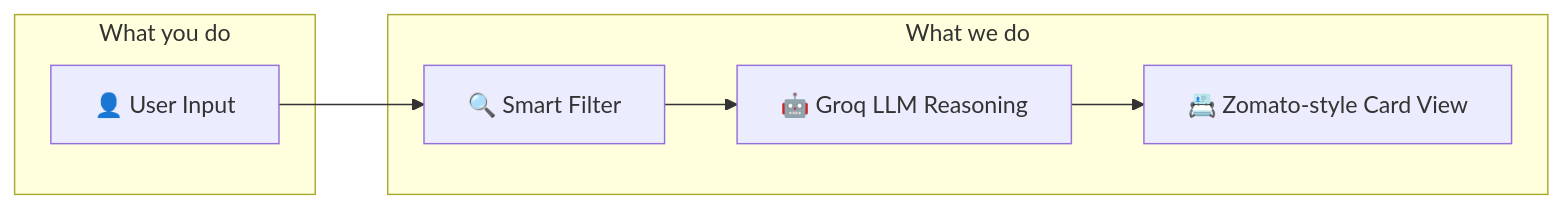
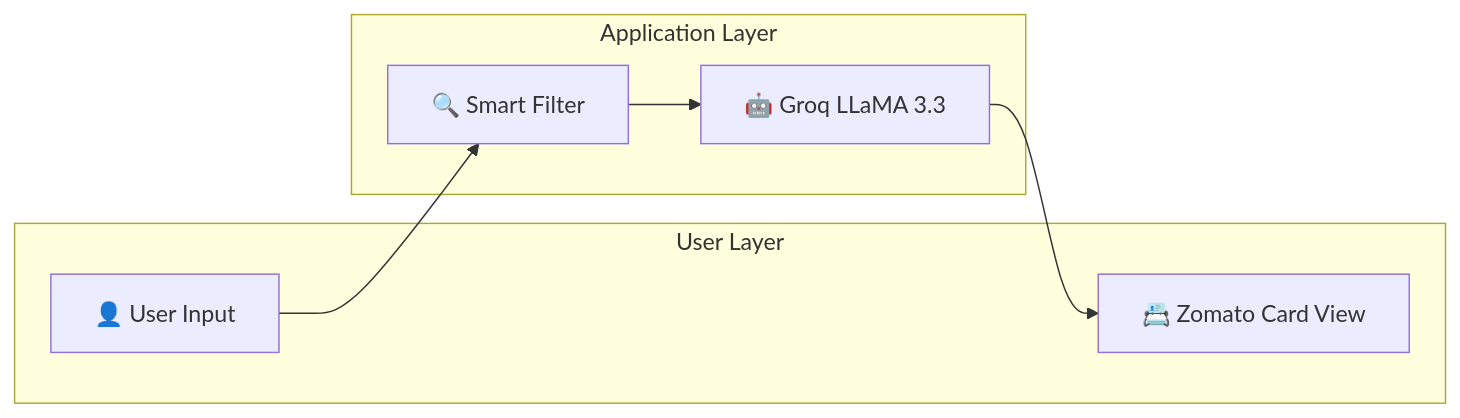
Before and after one commit to mkrishkmr/gen-AI-project: the first of 2 diagrams in ARCHITECTURE.md, drawn with Mermaid. The commit also changed other lines of this file and 3 other files, not shown here.

Commit message:
docs: PM-grade README, updated ARCHITECTURE, add CONTRIBUTING + .env.example, remove empty legacy folders

````diff
--- a/ARCHITECTURE.md
+++ b/ARCHITECTURE.md
@@ -9,16 +9,16 @@
 ```mermaid
 flowchart LR
     A[👤 User Input] --> B[🔍 Smart Filter]
-    B --> C[🤖 Groq LLM Reasoning]
-    C --> D[📇 Zomato-style Card View]
+    B --> C[🤖 Groq LLaMA 3.3]
+    C --> D[📇 Zomato Card View]
 
-    subgraph "What you do"
+    subgraph "User Layer"
         A
+        D
     end
 
-    subgraph "What we do"
+    subgraph "Application Layer"
         B
         C
-        D
     end
 ```
````
